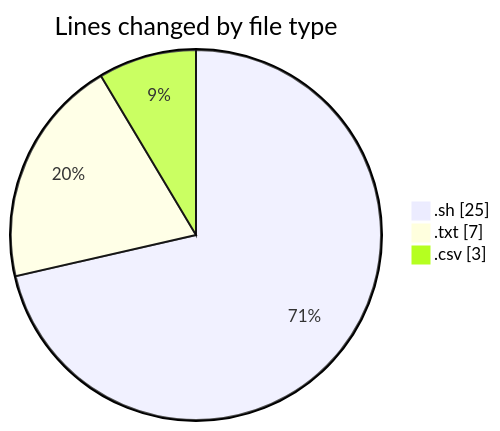
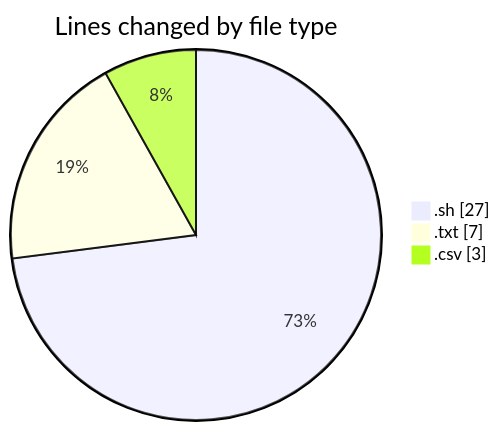
Before and after one commit to ricardozamudiocil/code-tracking: the first of 2 diagrams in 2026-11-12/scripts/README.md, drawn with Mermaid. The commit also changed other lines of this file and 1 other file, not shown here.

````diff
--- a/2026-11-12/scripts/README.md
+++ b/2026-11-12/scripts/README.md
@@ -22,7 +22,7 @@
 ```mermaid
 pie showData
 title Lines changed by file type
-".sh" : 25
+".sh" : 27
 ".txt" : 7
 ".csv" : 3
 ```
````
